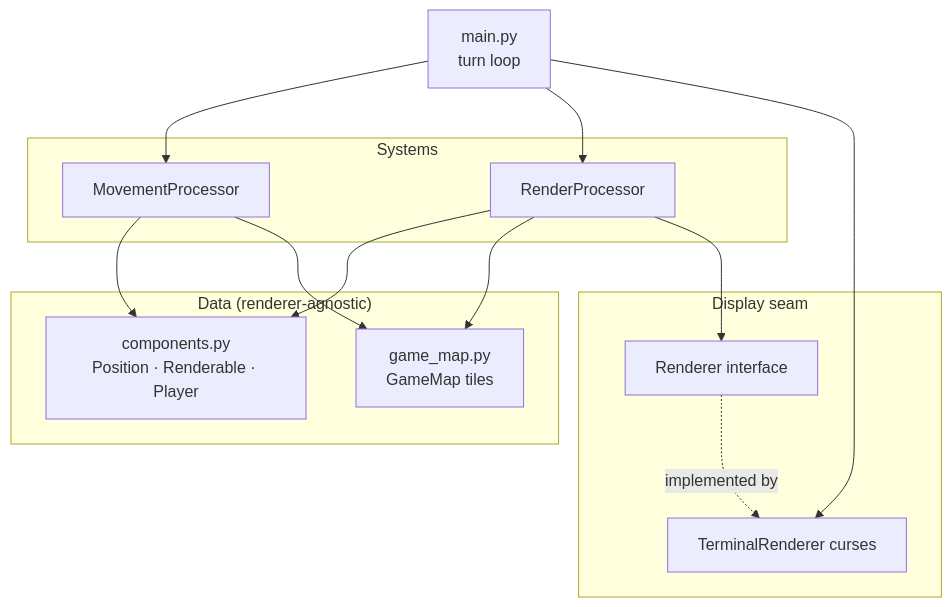
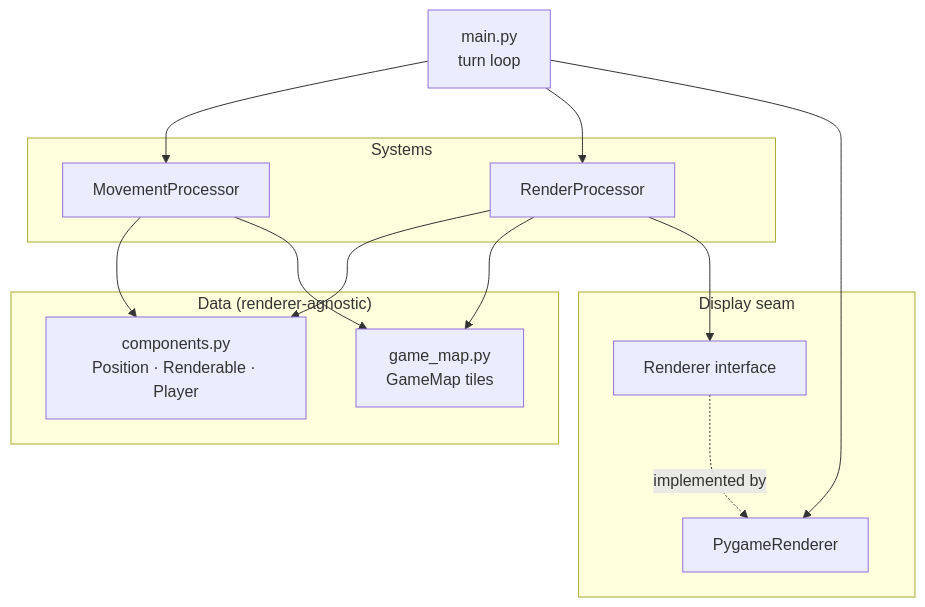
Before and after one commit to synaption/Tales_of_Derision: the first of 2 diagrams in wiki/Architecture.md, drawn with Mermaid. The commit also changed other lines of this file and 15 other files, not shown here.

````diff
--- a/wiki/Architecture.md
+++ b/wiki/Architecture.md
@@ -28,24 +28,24 @@
 ```mermaid
 flowchart TD
     subgraph Data["Data (renderer-agnostic)"]
         C[components.py<br/>Position · Renderable · Player]
         M[game_map.py<br/>GameMap tiles]
     end
     subgraph Logic["Systems"]
         MP[MovementProcessor]
         RP[RenderProcessor]
     end
     subgraph Display["Display seam"]
         R[Renderer interface]
-        T[TerminalRenderer curses]
+        P[PygameRenderer]
     end
     MP --> C
     MP --> M
     RP --> C
     RP --> M
     RP --> R
-    R -.implemented by.-> T
+    R -.implemented by.-> P
     main[main.py<br/>turn loop] --> MP
     main --> RP
-    main --> T
+    main --> P
 ```
````
